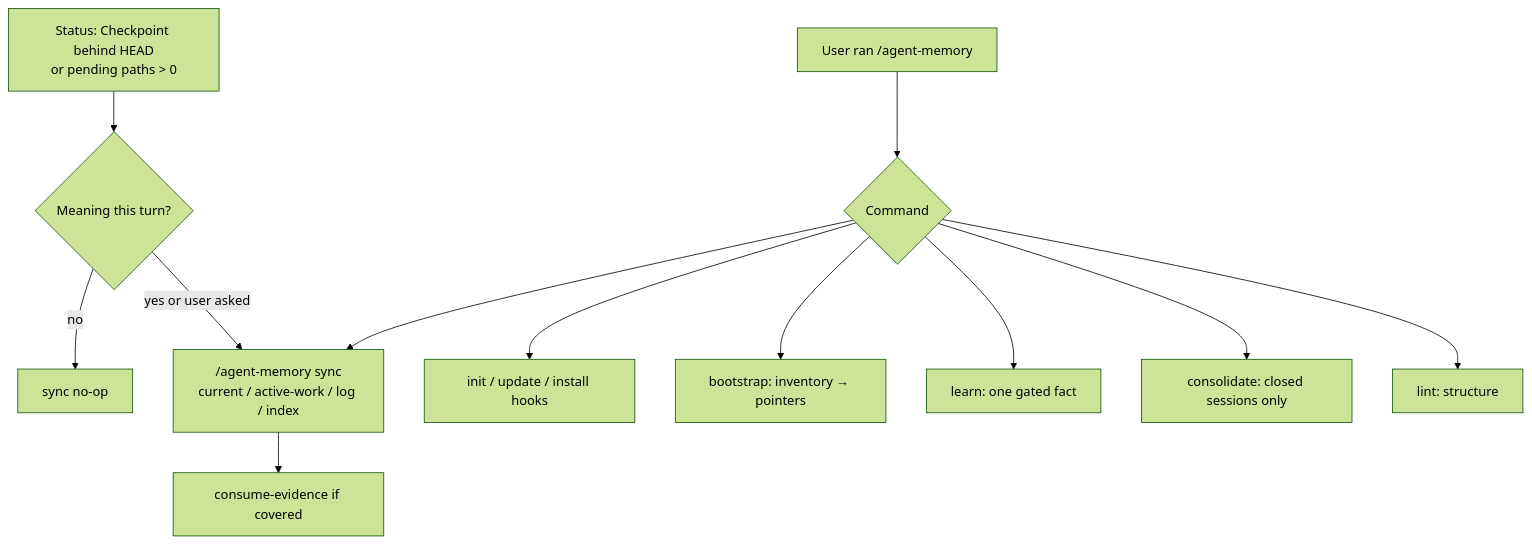
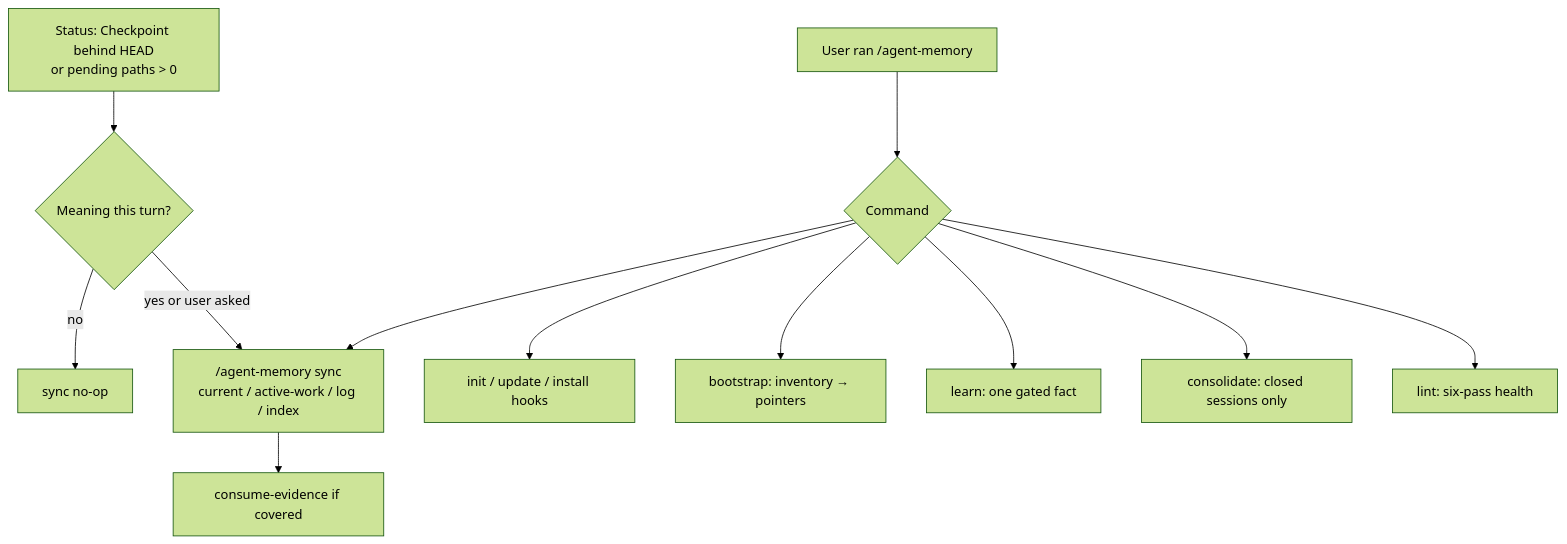
Before and after one commit to diegoos/agent-memory: the fourth of 5 diagrams in README.md, drawn with Mermaid (forest theme). The commit also changed other lines of this file and 11 other files, not shown here.

````diff
--- a/README.md
+++ b/README.md
@@ -109,14 +109,14 @@
 ```mermaid
 flowchart TB
   Status["Status: Checkpoint behind HEAD<br/>or pending paths > 0"] --> Mean{"Meaning this turn?"}
   Mean -->|no| Noop["sync no-op"]
   Mean -->|yes or user asked| Sync["/agent-memory sync<br/>current / active-work / log / index"]
   Sync --> Cons["consume-evidence if covered"]
   User["User ran /agent-memory"] --> Cmd{"Command"}
   Cmd --> Init["init / update / install hooks"]
   Cmd --> Boot["bootstrap: inventory → pointers"]
   Cmd --> Sync
   Cmd --> Lrn["learn: one gated fact"]
   Cmd --> Cns["consolidate: closed sessions only"]
-  Cmd --> Lnt["lint: structure"]
+  Cmd --> Lnt["lint: six-pass health"]
 ```
````
